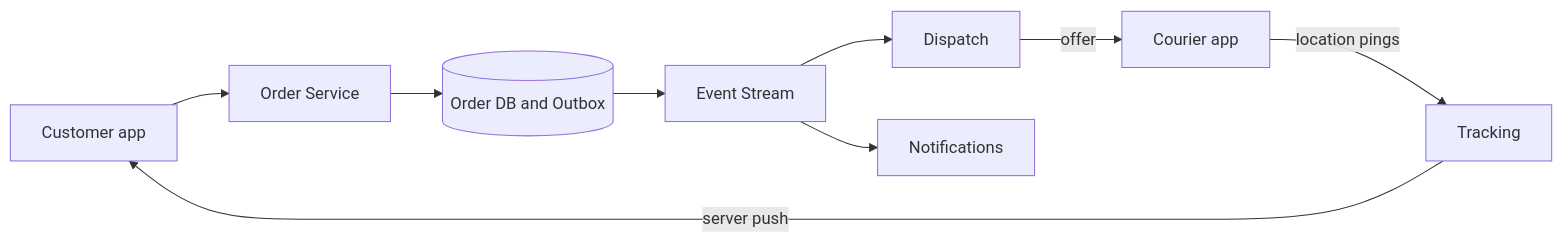
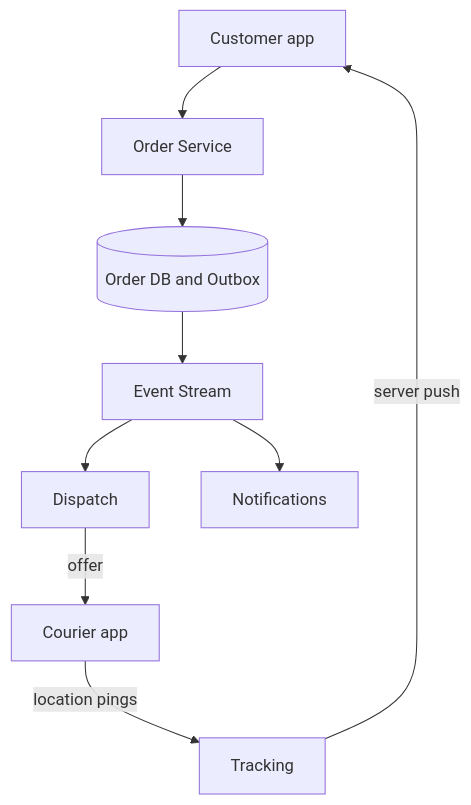
Before and after one commit to design-gurus/grokking-system-design: the diagram in questions/design-food-delivery.md, drawn with Mermaid. The commit also changed 54 other files, not shown here.

First line of the commit message:
Deepen the top-traffic pages, de-stale the roadmaps, and add 52 diagrams

````diff
--- a/questions/design-food-delivery.md
+++ b/questions/design-food-delivery.md
@@ -61,11 +61,11 @@
 ```mermaid
-flowchart LR
+flowchart TB
     C[Customer app] --> O[Order Service]
     O --> DB[(Order DB and Outbox)]
     DB --> ES[Event Stream]
     ES --> D[Dispatch]
     ES --> N[Notifications]
     D -->|offer| K[Courier app]
     K -->|location pings| T[Tracking]
     T -->|server push| C
 ```
````
